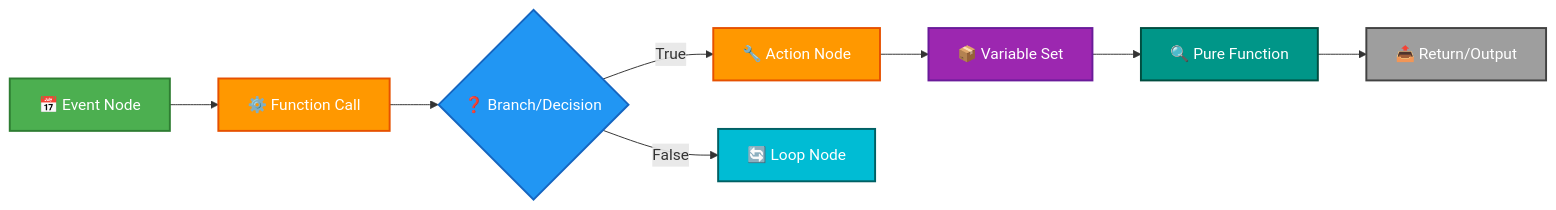
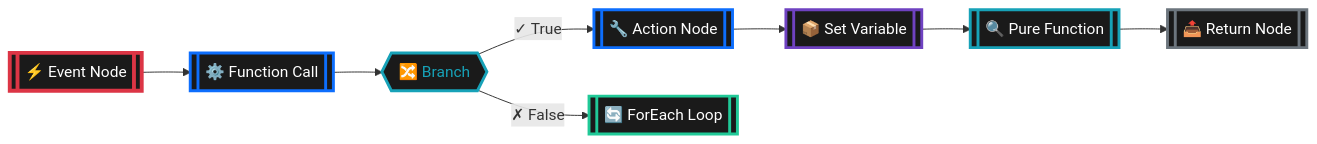
The third of 9 diagrams in BLUEPRINT_DISPLAY_GUIDE.md (Mittenzx/Adastrea), drawn with Mermaid before and after one commit. The commit also changed other lines of this file and 2 other files, not shown here.

First line of the commit message:
Update Mermaid diagrams with Unreal Engine node styling

````diff
--- a/BLUEPRINT_DISPLAY_GUIDE.md
+++ b/BLUEPRINT_DISPLAY_GUIDE.md
@@ -124,19 +128,19 @@
 ```mermaid
 graph LR
-    Event[📅 Event Node] --> Function[⚙️ Function Call]
-    Function --> Branch{❓ Branch/Decision}
-    Branch -->|True| Action[🔧 Action Node]
-    Branch -->|False| Loop[🔄 Loop Node]
-    Action --> Variable[📦 Variable Set]
-    Variable --> Pure[🔍 Pure Function]
-    Pure --> Output[📤 Return/Output]
+    Event[["⚡ Event Node"]] --> Function[["⚙️ Function Call"]]
+    Function --> Branch{{"🔀 Branch"}}
+    Branch -->|"✓ True"| Action[["🔧 Action Node"]]
+    Branch -->|"✗ False"| Loop[["🔄 ForEach Loop"]]
+    Action --> Variable[["📦 Set Variable"]]
+    Variable --> Pure[["🔍 Pure Function"]]
+    Pure --> Output[["📤 Return Node"]]
     
-    style Event fill:#4CAF50,stroke:#2E7D32,stroke-width:2px,color:#fff
-    style Function fill:#FF9800,stroke:#E65100,stroke-width:2px,color:#fff
-    style Branch fill:#2196F3,stroke:#1565C0,stroke-width:2px,color:#fff
-    style Action fill:#FF9800,stroke:#E65100,stroke-width:2px,color:#fff
-    style Loop fill:#00BCD4,stroke:#006064,stroke-width:2px,color:#fff
-    style Variable fill:#9C27B0,stroke:#6A1B9A,stroke-width:2px,color:#fff
-    style Pure fill:#009688,stroke:#004D40,stroke-width:2px,color:#fff
-    style Output fill:#9E9E9E,stroke:#424242,stroke-width:2px,color:#fff
+    style Event fill:#1a1a1a,stroke:#DC3545,stroke-width:4px,color:#fff,rx:10,ry:10
+    style Function fill:#1a1a1a,stroke:#0d6efd,stroke-width:3px,color:#fff,rx:10,ry:10
+    style Branch fill:#1a1a1a,stroke:#17a2b8,stroke-width:3px,color:#17a2b8
+    style Action fill:#1a1a1a,stroke:#0d6efd,stroke-width:3px,color:#fff,rx:10,ry:10
+    style Loop fill:#1a1a1a,stroke:#20c997,stroke-width:3px,color:#fff,rx:10,ry:10
+    style Variable fill:#1a1a1a,stroke:#6f42c1,stroke-width:3px,color:#fff,rx:10,ry:10
+    style Pure fill:#1a1a1a,stroke:#17a2b8,stroke-width:3px,color:#fff,rx:10,ry:10
+    style Output fill:#1a1a1a,stroke:#6c757d,stroke-width:3px,color:#fff,rx:10,ry:10
 ```
````
